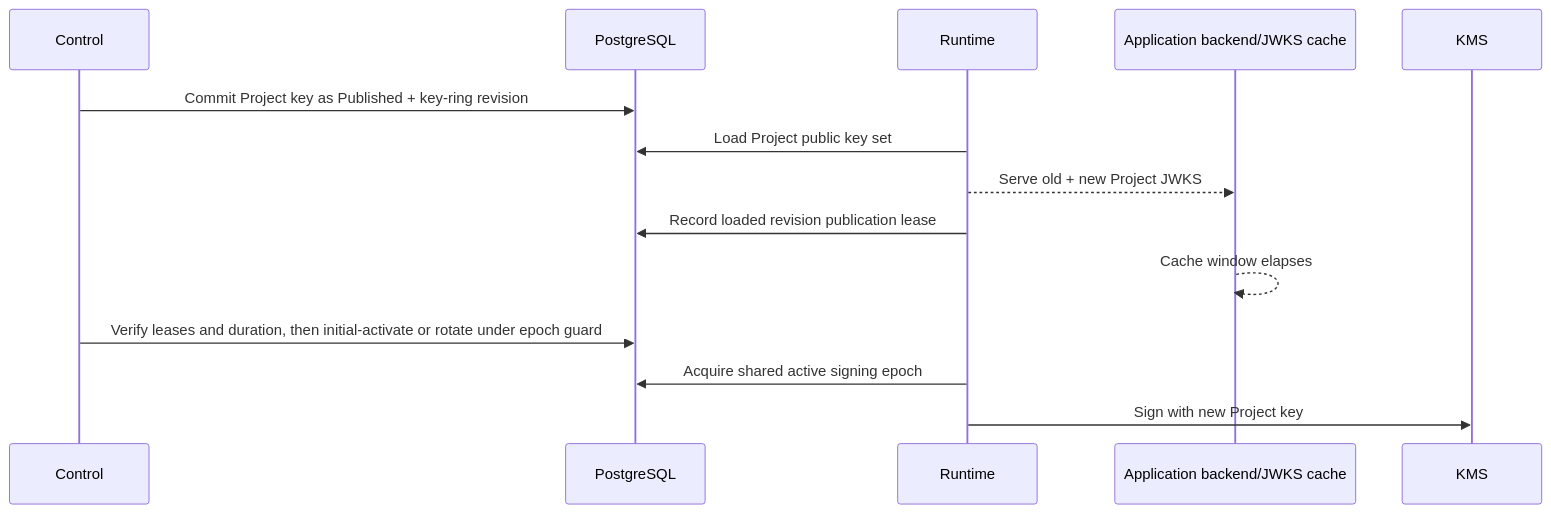
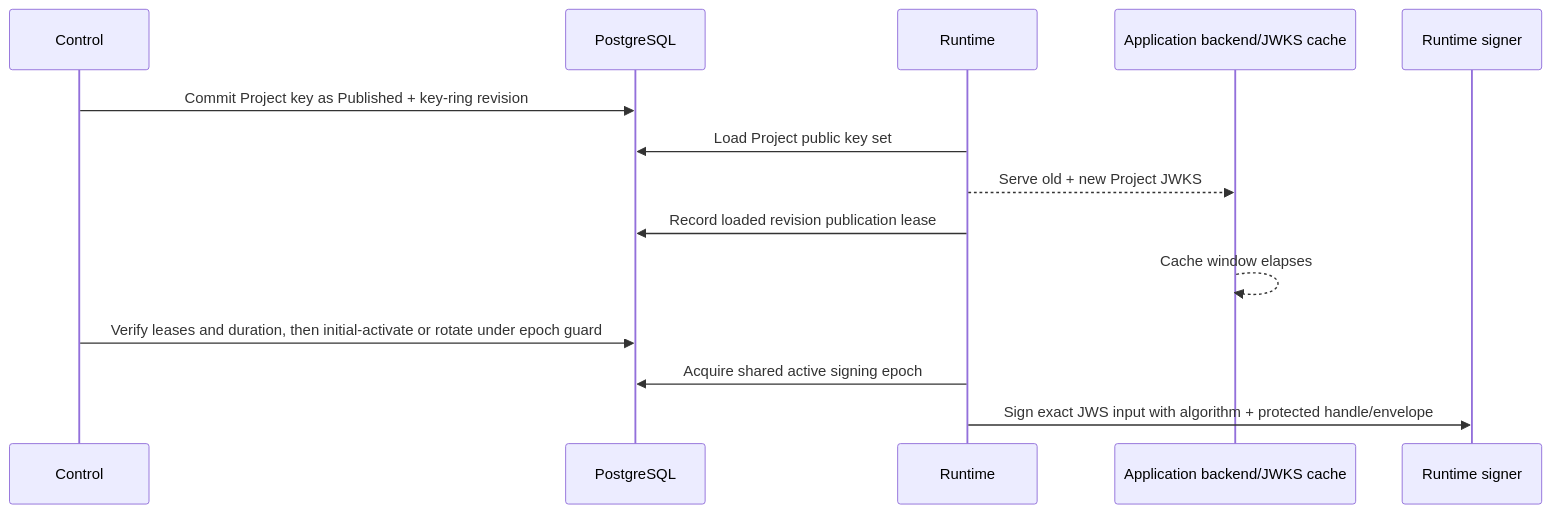
The fourth of 4 diagrams in spec/06-operations-configuration-and-security.md (owlfoundry/owlauth), drawn with Mermaid before and after one commit. The commit also changed other lines of this file and 320 other files, not shown here.

````diff
--- a/spec/06-operations-configuration-and-security.md
+++ b/spec/06-operations-configuration-and-security.md
@@ -231,17 +259,17 @@
 ```mermaid
 sequenceDiagram
     participant Control
     participant PG as PostgreSQL
     participant Runtime
     participant Verifier as Application backend/JWKS cache
-    participant KMS
+    participant Signer as Runtime signer
 
     Control->>PG: Commit Project key as Published + key-ring revision
     Runtime->>PG: Load Project public key set
     Runtime-->>Verifier: Serve old + new Project JWKS
     Runtime->>PG: Record loaded revision publication lease
     Verifier-->>Verifier: Cache window elapses
     Control->>PG: Verify leases and duration, then initial-activate or rotate under epoch guard
     Runtime->>PG: Acquire shared active signing epoch
-    Runtime->>KMS: Sign with new Project key
+    Runtime->>Signer: Sign exact JWS input with algorithm + protected handle/envelope
 ```
````
